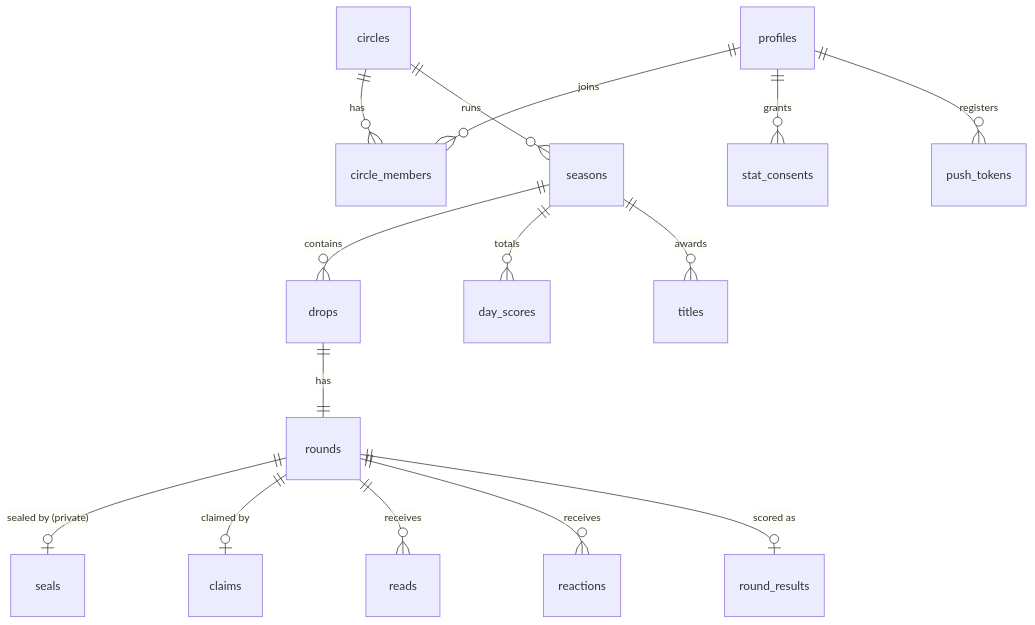
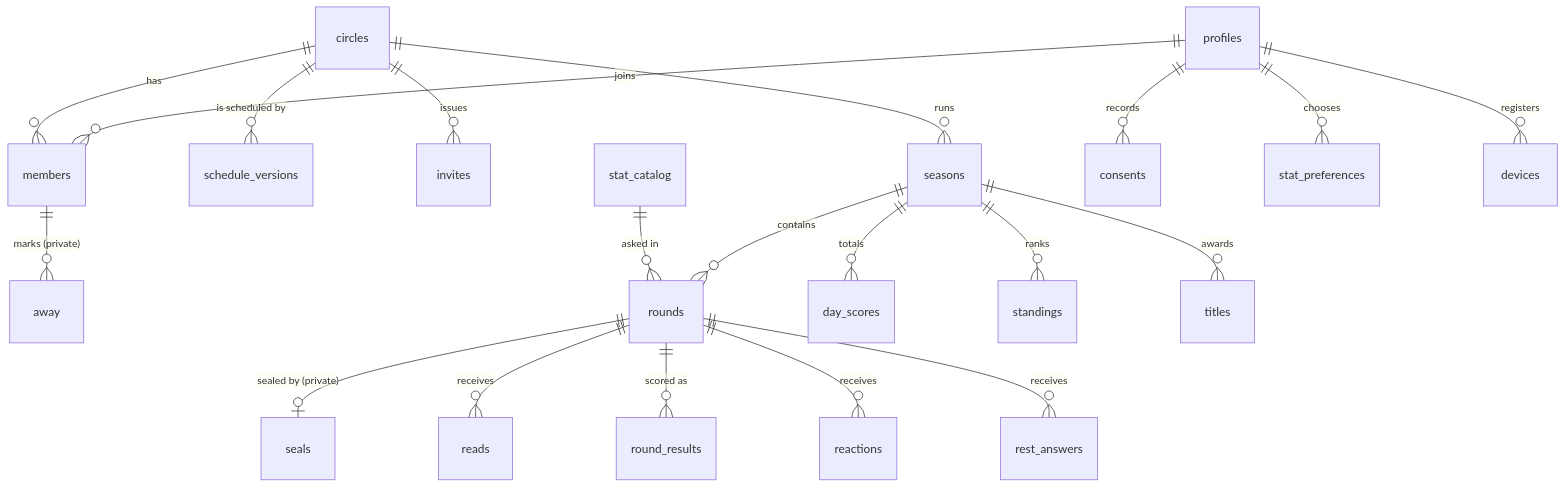
The first of 2 diagrams in kb/07-architecture/data-model.md (VIsHnu1762/blag), drawn with Mermaid before and after one commit. The commit also changed other lines of this file and 48 other files, not shown here.

First line of the commit message:
feat(db): add schema migrations, pgTAP tests and record planning decisions

````diff
--- a/kb/07-architecture/data-model.md
+++ b/kb/07-architecture/data-model.md
@@ -22,17 +37,22 @@
 ```mermaid
 erDiagram
-    profiles ||--o{ circle_members : joins
-    circles ||--o{ circle_members : has
+    profiles ||--o{ members : joins
+    circles ||--o{ members : has
+    circles ||--o{ schedule_versions : "is scheduled by"
+    members ||--o{ away : "marks (private)"
+    circles ||--o{ invites : issues
     circles ||--o{ seasons : runs
-    seasons ||--o{ drops : contains
-    drops ||--|| rounds : has
+    seasons ||--o{ rounds : contains
+    stat_catalog ||--o{ rounds : "asked in"
     rounds ||--o| seals : "sealed by (private)"
-    rounds ||--o| claims : "claimed by"
     rounds ||--o{ reads : receives
+    rounds ||--o{ round_results : "scored as"
     rounds ||--o{ reactions : receives
-    rounds ||--o| round_results : "scored as"
+    rounds ||--o{ rest_answers : receives
     seasons ||--o{ day_scores : totals
+    seasons ||--o{ standings : ranks
     seasons ||--o{ titles : awards
-    profiles ||--o{ stat_consents : grants
-    profiles ||--o{ push_tokens : registers
+    profiles ||--o{ consents : records
+    profiles ||--o{ stat_preferences : chooses
+    profiles ||--o{ devices : registers
 ```
````
